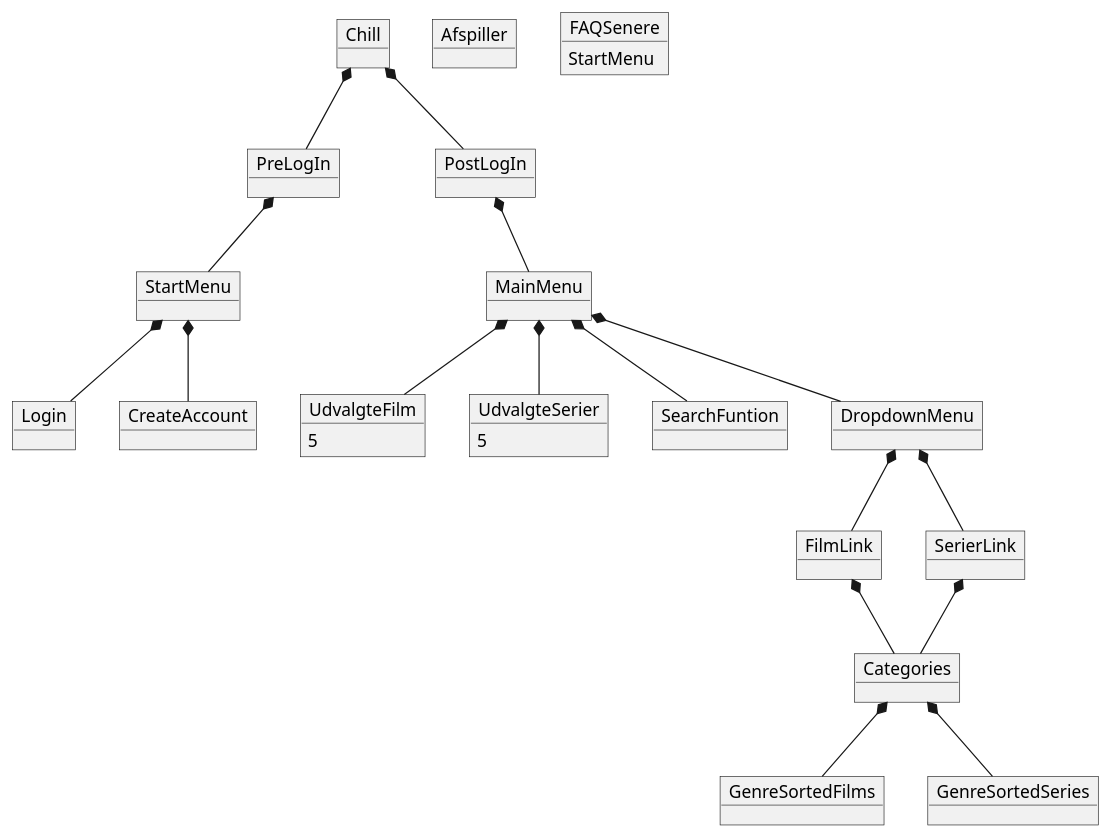
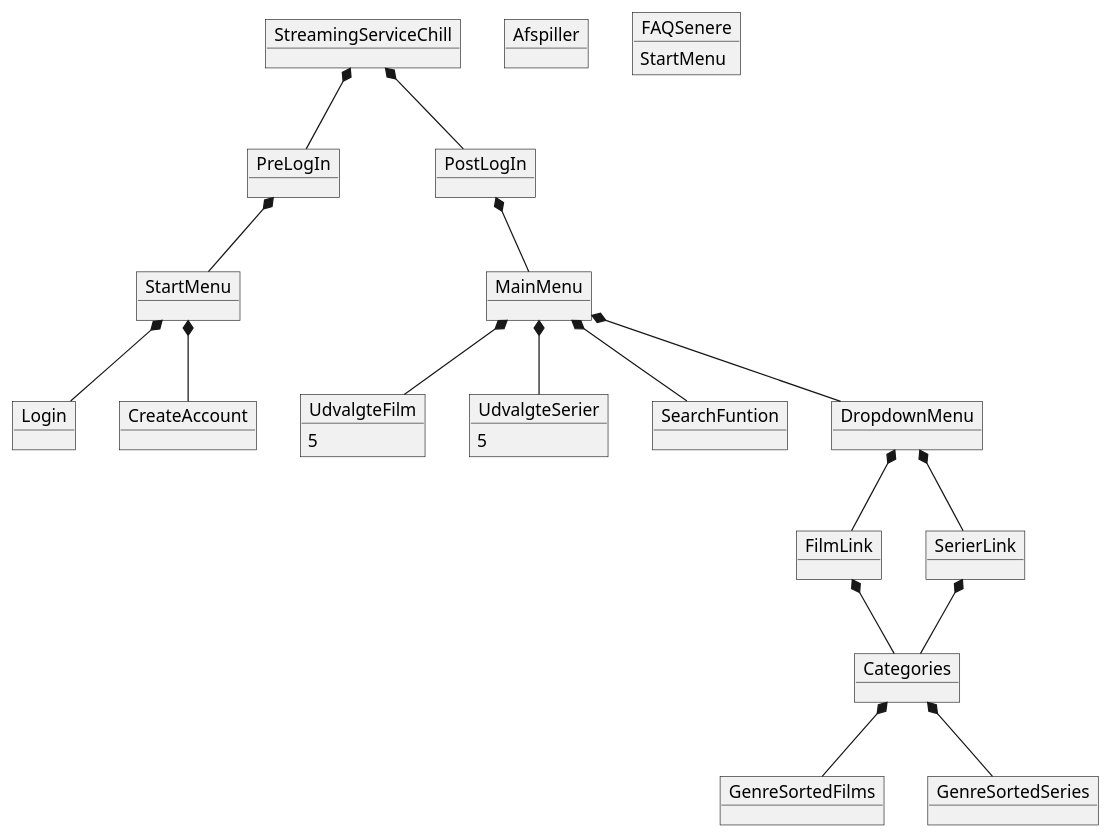
Before and after one commit to KnogleMau/SP3---Streamingtjeneste: the diagram in SP3 Streamingtjeneste/.idea/DomæneModel.puml, drawn with PlantUML.

Commit message:
udkast domænemodel

```diff
--- a/SP3 Streamingtjeneste/.idea/DomæneModel.puml
+++ b/SP3 Streamingtjeneste/.idea/DomæneModel.puml
@@ -1,54 +1,54 @@
 @startuml
 'https://plantuml.com/object-diagram
 
-object Chill
+object StreamingServiceChill
 
 object PreLogIn
 object StartMenu
 object Login
 object CreateAccount
 
 object PostLogIn
 object MainMenu
 object UdvalgteFilm
 UdvalgteFilm : 5
 object UdvalgteSerier
 UdvalgteSerier : 5
 object SearchFuntion
 object DropdownMenu
 object FilmLink
 object SerierLink
 object Categories
 object GenreSortedFilms
 object GenreSortedSeries
 
 object Afspiller
 
 
 object FAQSenere
 FAQSenere : StartMenu
 
 
 
-Chill *--PreLogIn
+StreamingServiceChill *--PreLogIn
 PreLogIn *-- StartMenu
 StartMenu *-- Login
 StartMenu *-- CreateAccount
-Chill *--PostLogIn
+StreamingServiceChill *--PostLogIn
 PostLogIn *-- MainMenu
 
 MainMenu *-- UdvalgteFilm
 MainMenu *-- UdvalgteSerier
 MainMenu *-- SearchFuntion
 MainMenu *-- DropdownMenu
 
 DropdownMenu *-- FilmLink
 DropdownMenu *-- SerierLink
 
 FilmLink *-- Categories
 SerierLink *-- Categories
 Categories *-- GenreSortedFilms
 Categories *-- GenreSortedSeries
 
 
 @enduml
```
